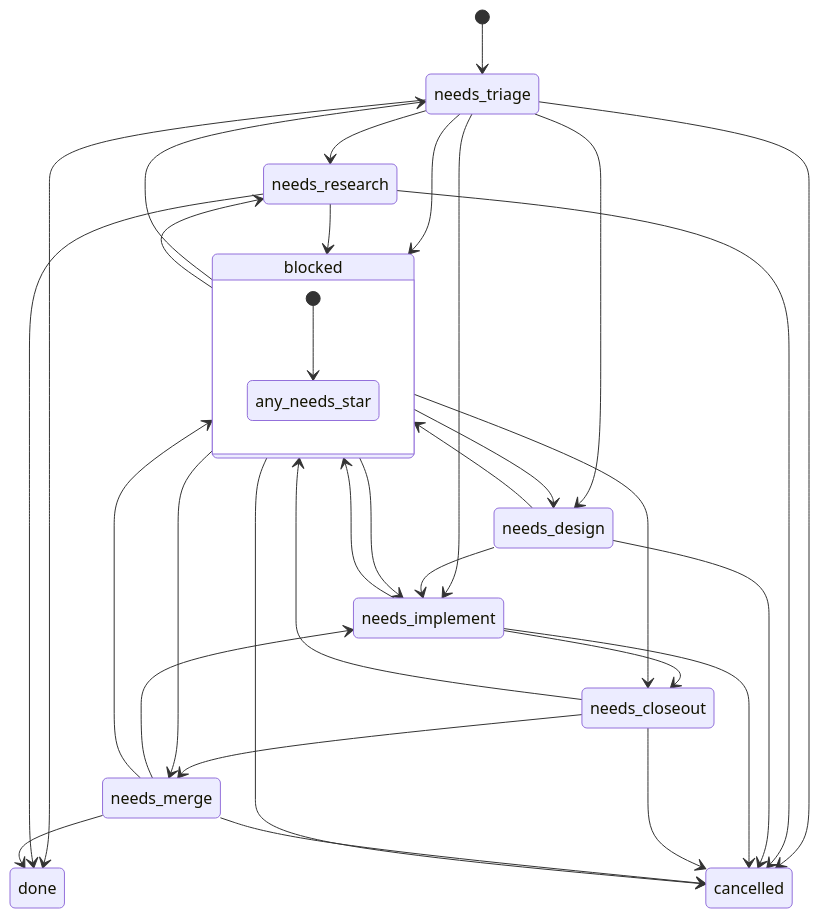
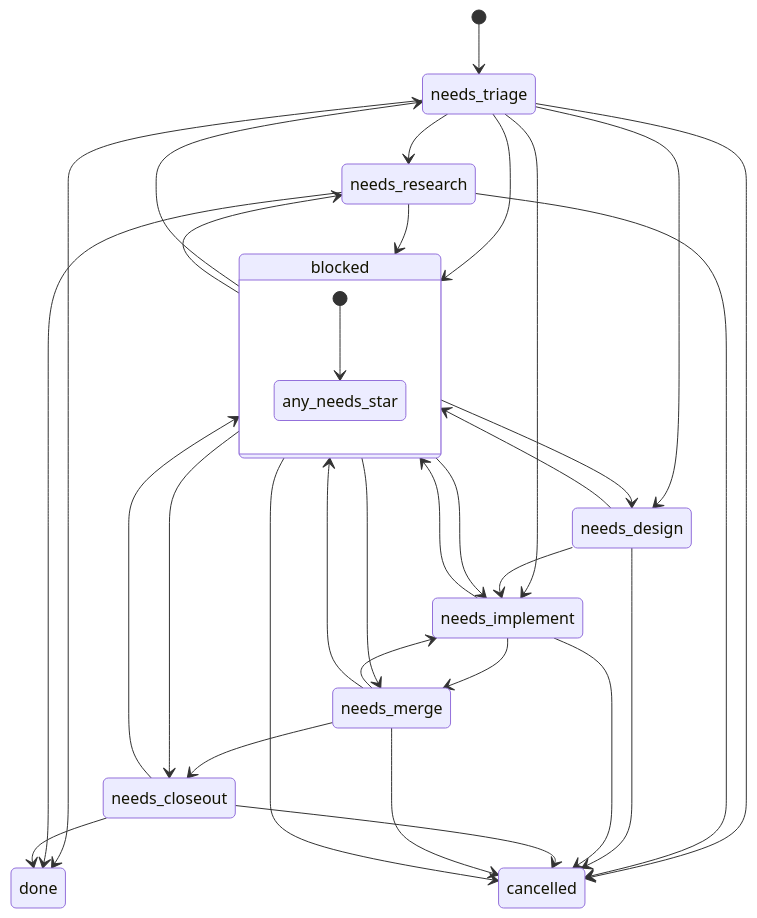
The second of 2 diagrams in docs/spec/work-items-port.md (cogni-dao/cogni), drawn with Mermaid before and after one commit. The commit also changed 581 other files, not shown here.

````diff
--- a/docs/spec/work-items-port.md
+++ b/docs/spec/work-items-port.md
@@ -145,38 +145,38 @@
 ```mermaid
 stateDiagram-v2
   [*] --> needs_triage
   needs_triage --> needs_research
   needs_triage --> needs_design
   needs_triage --> needs_implement
   needs_triage --> done
   needs_research --> done
   needs_design --> needs_implement
-  needs_implement --> needs_closeout
-  needs_closeout --> needs_merge
-  needs_merge --> done
+  needs_implement --> needs_merge
+  needs_merge --> needs_closeout
   needs_merge --> needs_implement
+  needs_closeout --> done
 
   state blocked {
     [*] --> any_needs_star
   }
   needs_triage --> blocked
   needs_research --> blocked
   needs_design --> blocked
   needs_implement --> blocked
   needs_closeout --> blocked
   needs_merge --> blocked
   blocked --> needs_triage
   blocked --> needs_research
   blocked --> needs_design
   blocked --> needs_implement
   blocked --> needs_closeout
   blocked --> needs_merge
 
   needs_triage --> cancelled
   needs_research --> cancelled
   needs_design --> cancelled
   needs_implement --> cancelled
   needs_closeout --> cancelled
   needs_merge --> cancelled
   blocked --> cancelled
 ```
````
